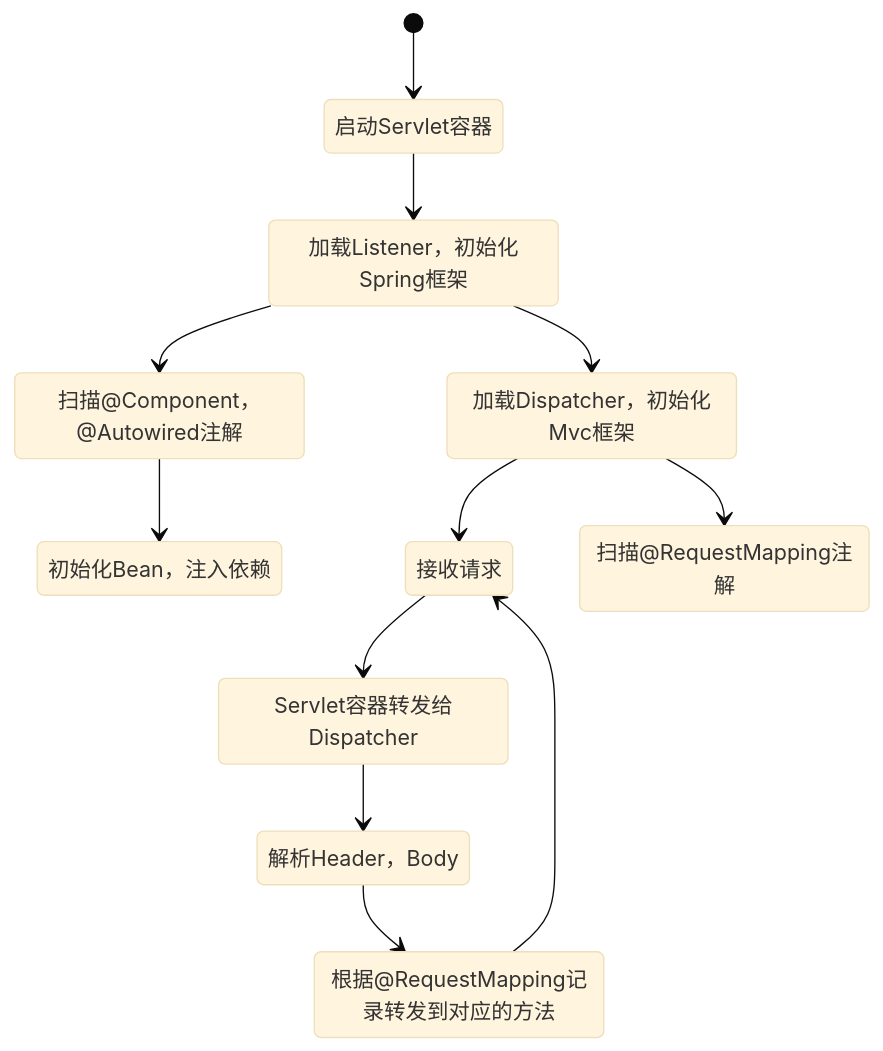
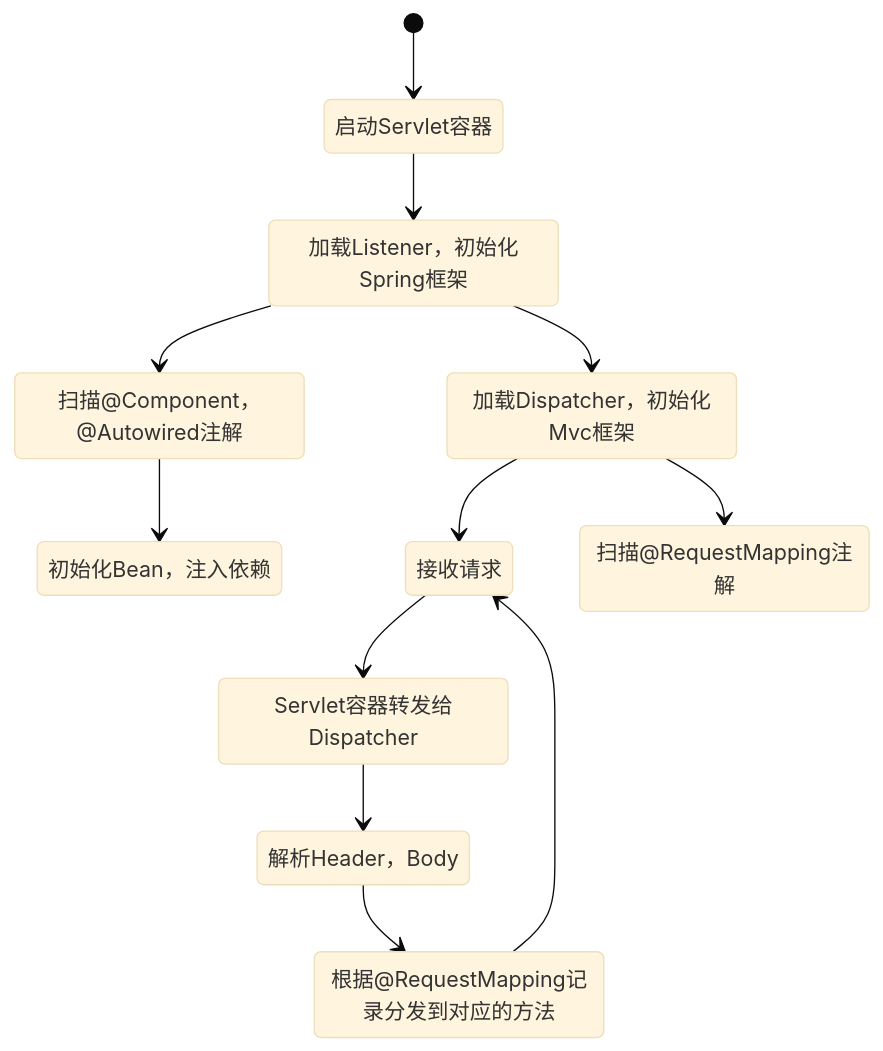
The diagram in web-chat-project/README.md (AkagiYui/NCWUJava), drawn with Mermaid (base theme) before and after one commit. The commit also changed other lines of this file and 26 other files, not shown here.

````diff
--- a/web-chat-project/README.md
+++ b/web-chat-project/README.md
@@ -29,17 +31,17 @@
 ```mermaid
 stateDiagram-v2
     [*] --> 启动Servlet容器
     启动Servlet容器 --> 加载Listener，初始化Spring框架
     加载Listener，初始化Spring框架 --> 加载Dispatcher，初始化Mvc框架
 
     加载Listener，初始化Spring框架 --> 扫描@Component，@Autowired注解
     扫描@Component，@Autowired注解 --> 初始化Bean，注入依赖
 
     加载Dispatcher，初始化Mvc框架 --> 接收请求
     接收请求 --> Servlet容器转发给Dispatcher
     Servlet容器转发给Dispatcher --> 解析Header，Body
-    解析Header，Body --> 根据@RequestMapping记录转发到对应的方法
-    根据@RequestMapping记录转发到对应的方法 --> 接收请求
+    解析Header，Body --> 根据@RequestMapping记录分发到对应的方法
+    根据@RequestMapping记录分发到对应的方法 --> 接收请求
 
     加载Dispatcher，初始化Mvc框架 --> 扫描@RequestMapping注解
 ```
````
